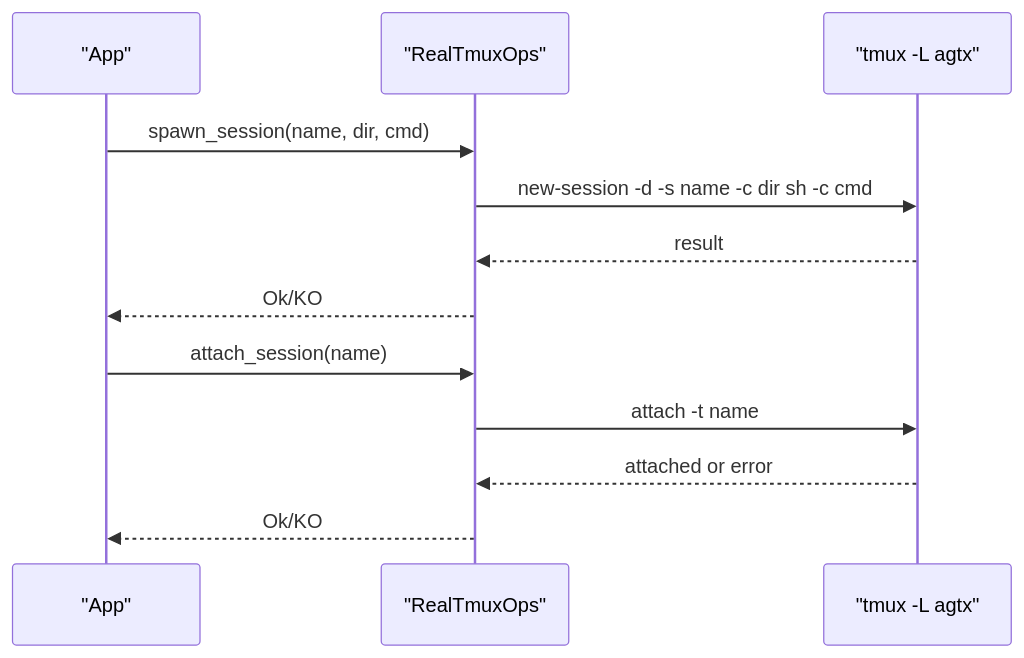
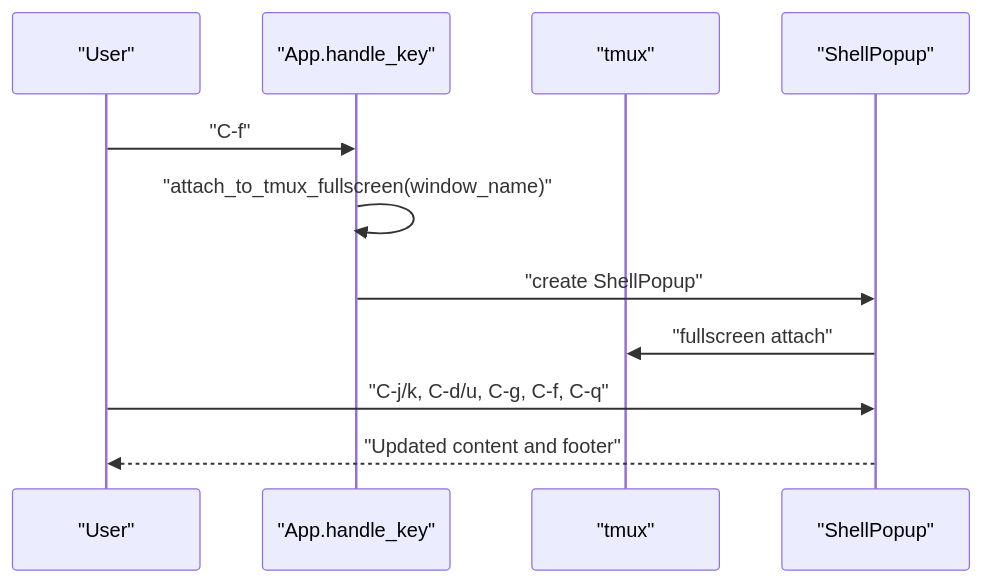
One commit to bramburn/agtx changed the third of 5 diagrams in .qoder/repowiki/en/content/User Interface Guide/User Interface Guide.md. Above: the diagram before and after it, drawn with Mermaid. The commit also changed other lines of this file and 140 other files, not shown here.

First line of the commit message:
fix(tui): add F2 footer navigation support to shell popup

````diff
--- a/.qoder/repowiki/en/content/User Interface Guide/User Interface Guide.md
+++ b/.qoder/repowiki/en/content/User Interface Guide/User Interface Guide.md
@@ -241,14 +192,13 @@
 ```mermaid
 sequenceDiagram
-participant App as "App"
-participant Ops as "RealTmuxOps"
-participant Tmux as "tmux -L agtx"
-App->>Ops : spawn_session(name, dir, cmd)
-Ops->>Tmux : new-session -d -s name -c dir sh -c cmd
-Tmux-->>Ops : result
-Ops-->>App : Ok/KO
-App->>Ops : attach_session(name)
-Ops->>Tmux : attach -t name
-Tmux-->>Ops : attached or error
-Ops-->>App : Ok/KO
+participant User as "User"
+participant App as "App.handle_key"
+participant Tmux as "tmux"
+participant Popup as "ShellPopup"
+User->>App : "C-f"
+App->>App : "attach_to_tmux_fullscreen(window_name)"
+App->>Popup : "create ShellPopup"
+Popup->>Tmux : "fullscreen attach"
+User->>Popup : "C-j/k, C-d/u, C-g, C-f, C-q"
+Popup-->>User : "Updated content and footer"
 ```
````
